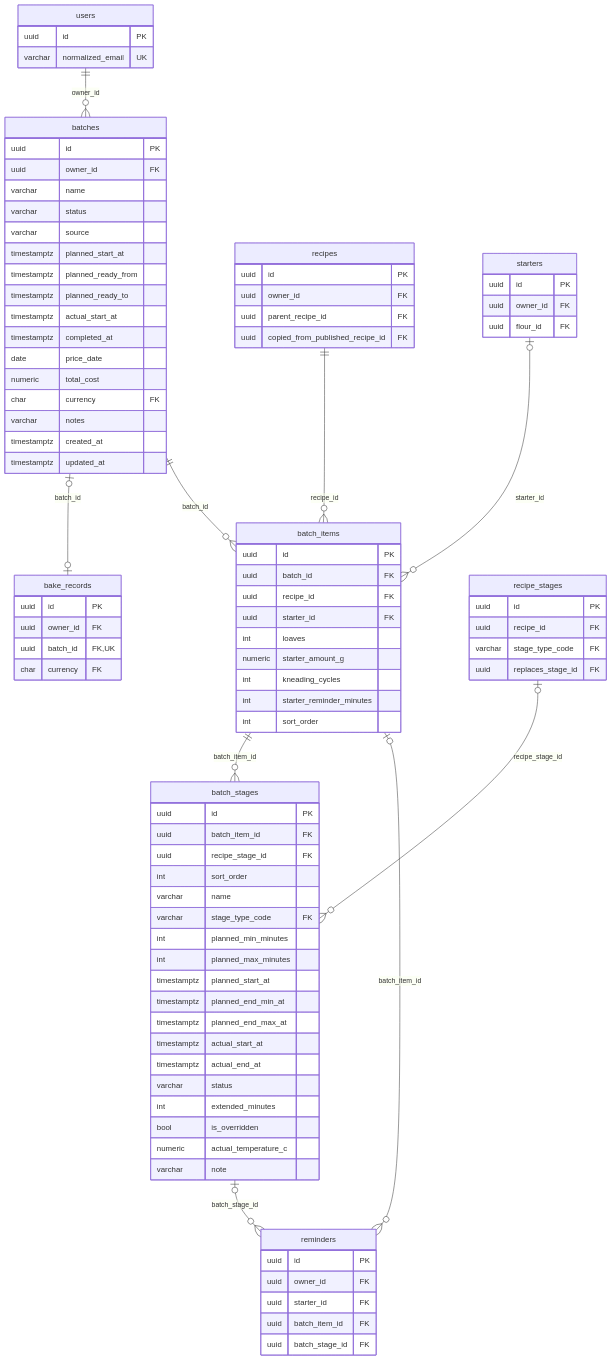
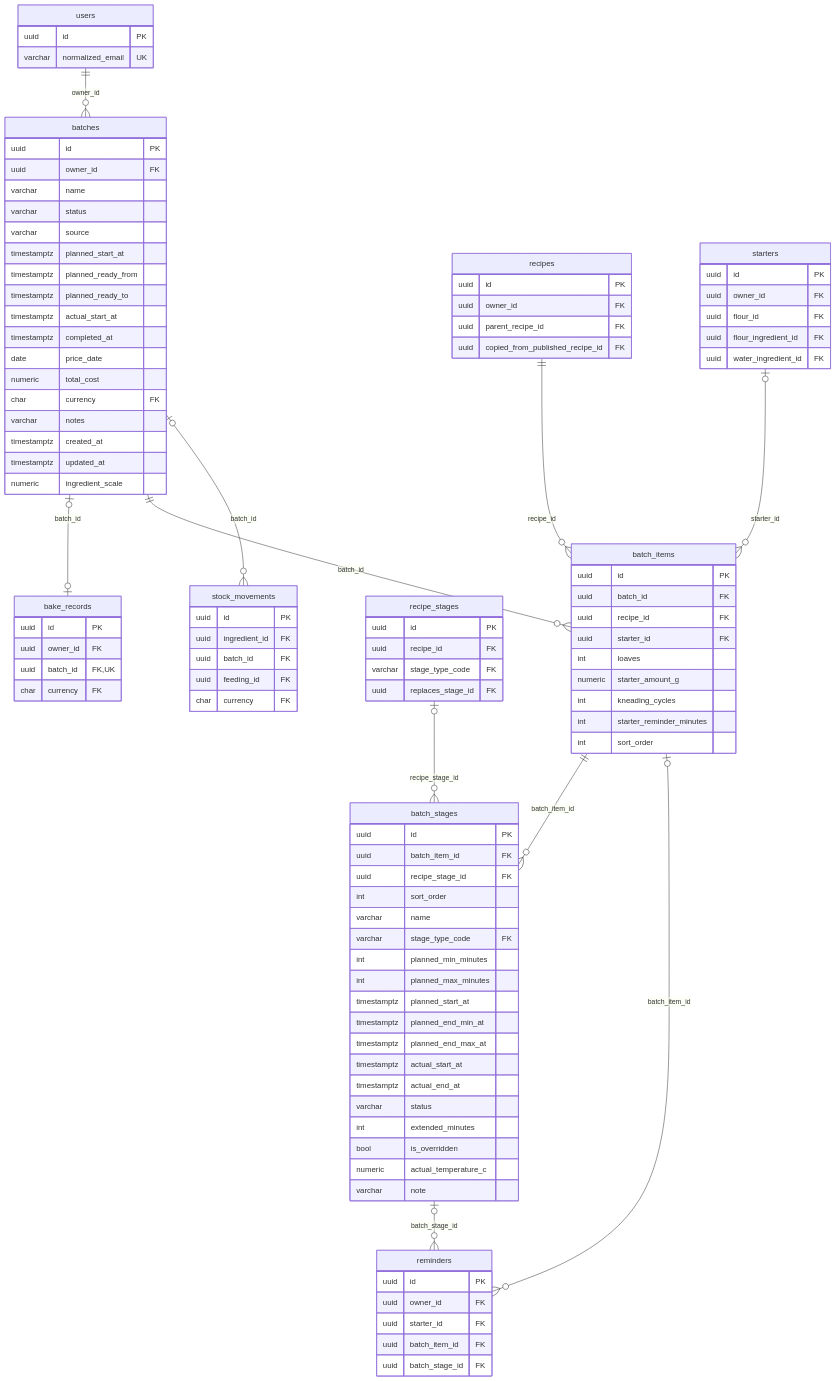
Before and after one commit to fedokgeniy/OneLoaf-BackEnd: the fourth of 8 diagrams in docs/db/logical-schema.md, drawn with Mermaid. The commit also changed other lines of this file and 133 other files, not shown here.

Commit message:
Regenerate the API reference, the DDL script and the database documentation for the ingredient stock and describe the new screens and flows

````diff
--- a/docs/db/logical-schema.md
+++ b/docs/db/logical-schema.md
@@ -289,6 +322,7 @@
         varchar notes
         timestamptz created_at
         timestamptz updated_at
+        numeric ingredient_scale
     }
     bake_records {
         uuid id PK
@@ -319,6 +353,15 @@
         uuid id PK
         uuid owner_id FK
         uuid flour_id FK
+        uuid flour_ingredient_id FK
+        uuid water_ingredient_id FK
+    }
+    stock_movements {
+        uuid id PK
+        uuid ingredient_id FK
+        uuid batch_id FK
+        uuid feeding_id FK
+        char currency FK
     }
     users {
         uuid id PK
@@ -333,4 +376,5 @@
     users ||--o{ batches : "owner_id"
     batch_items |o--o{ reminders : "batch_item_id"
     batch_stages |o--o{ reminders : "batch_stage_id"
+    batches |o--o{ stock_movements : "batch_id"
 ```
````
